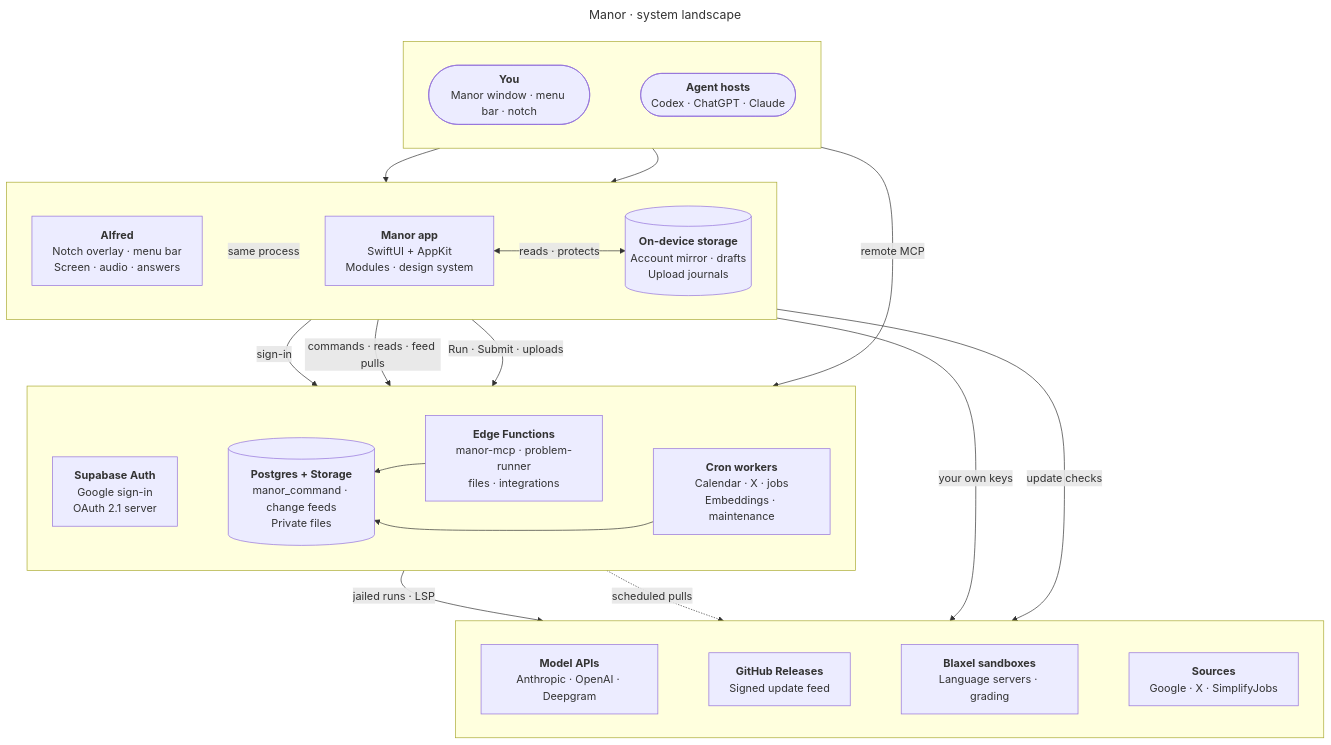
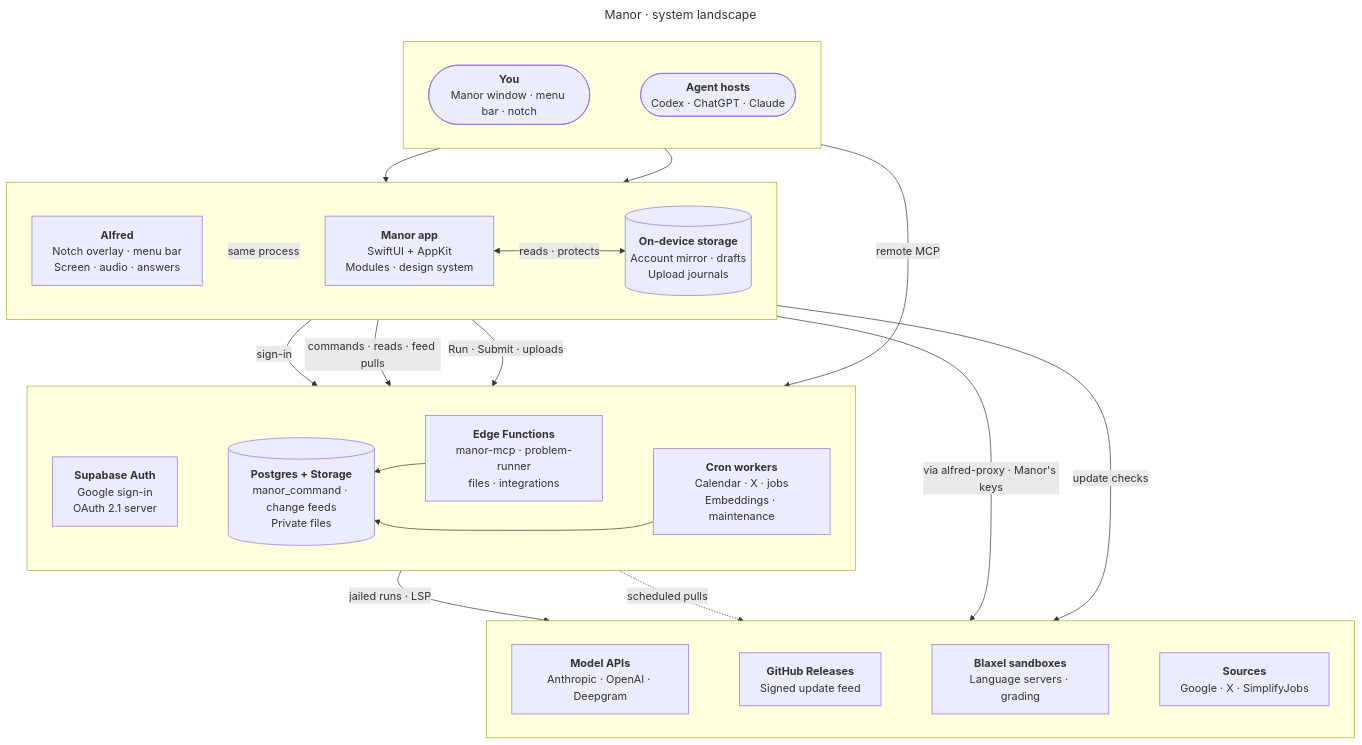
One commit to rithm84/Manor changed the diagram in docs/diagrams/pele/architecture-system-landscape.mmd. Above: the diagram before and after it, drawn with Mermaid. The commit also changed 30 other files, not shown here.

```diff
--- a/docs/diagrams/pele/architecture-system-landscape.mmd
+++ b/docs/diagrams/pele/architecture-system-landscape.mmd
@@ -1,69 +1,69 @@
 ---
 title: Manor · system landscape
 ---
 flowchart TB
   subgraph row_1 [" "]
     direction LR
     you(["`**You**
     Manor window · menu bar · notch`"]):::people
     hosts(["`**Agent hosts**
     Codex · ChatGPT · Claude`"]):::agent
     you ~~~ hosts
   end
 
   subgraph row_2 [" "]
     direction LR
     alfred["`**Alfred**
     Notch overlay · menu bar
     Screen · audio · answers`"]:::agent
     shell["`**Manor app**
     SwiftUI + AppKit
     Modules · design system`"]:::app
     disk[("`**On-device storage**
     Account mirror · drafts
     Upload journals`")]:::local
     alfred ~~~|same process| shell <-->|reads · protects| disk
   end
 
   subgraph row_3 [" "]
     direction LR
     auth["`**Supabase Auth**
     Google sign-in
     OAuth 2.1 server`"]:::backend
     pg[("`**Postgres + Storage**
     manor_command · change feeds
     Private files`")]:::backend
     edge["`**Edge Functions**
     manor-mcp · problem-runner
     files · integrations`"]:::backend
     cron["`**Cron workers**
     Calendar · X · jobs
     Embeddings · maintenance`"]:::async
     auth ~~~ pg ~~~ edge ~~~ cron
   end
 
   subgraph row_4 [" "]
     direction LR
     models["`**Model APIs**
     Anthropic · OpenAI · Deepgram`"]:::external
     gh["`**GitHub Releases**
     Signed update feed`"]:::external
     blaxel["`**Blaxel sandboxes**
     Language servers · grading`"]:::external
     sources["`**Sources**
     Google · X · SimplifyJobs`"]:::external
     models ~~~ gh ~~~ blaxel ~~~ sources
   end
 
   you --> alfred
   you --> shell
   shell -->|sign-in| auth
   shell -->|commands · reads · feed pulls| pg
   shell -->|Run · Submit · uploads| edge
   hosts -->|remote MCP| edge
   edge --> pg
   cron --> pg
-  alfred -->|your own keys| models
+  alfred -->|via alfred-proxy · Manor's keys| models
   shell -->|update checks| gh
   edge -->|jailed runs · LSP| blaxel
   cron async_1@-.->|scheduled pulls| sources
```
